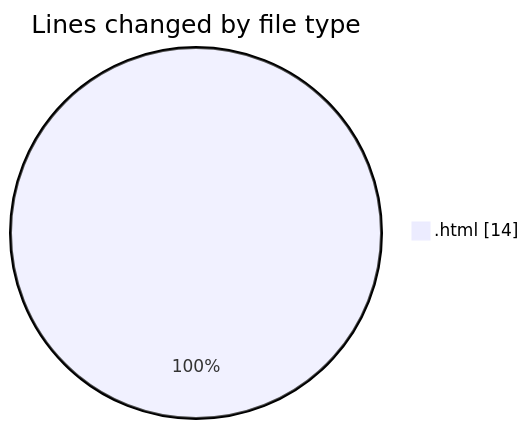
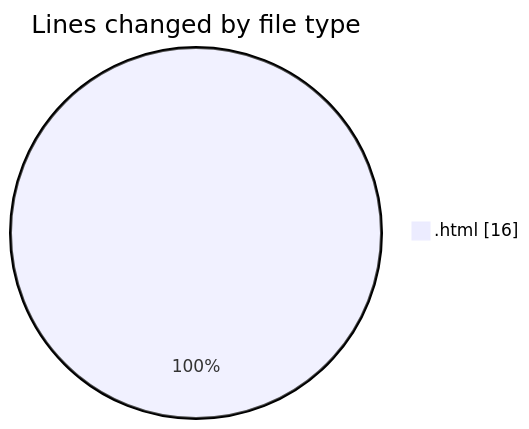
One commit to LanceThiago/code-tracking changed the first of 2 diagrams in 2025-04-25/enre_-_calculadora_de_consumo_v_2022_files/README.md. Above: the diagram before and after it, drawn with Mermaid. The commit also changed other lines of this file and 1 other file, not shown here.

````diff
--- a/2025-04-25/enre_-_calculadora_de_consumo_v_2022_files/README.md
+++ b/2025-04-25/enre_-_calculadora_de_consumo_v_2022_files/README.md
@@ -20,5 +20,5 @@
 ```mermaid
 pie showData
 title Lines changed by file type
-".html" : 14
+".html" : 16
 ```
````
